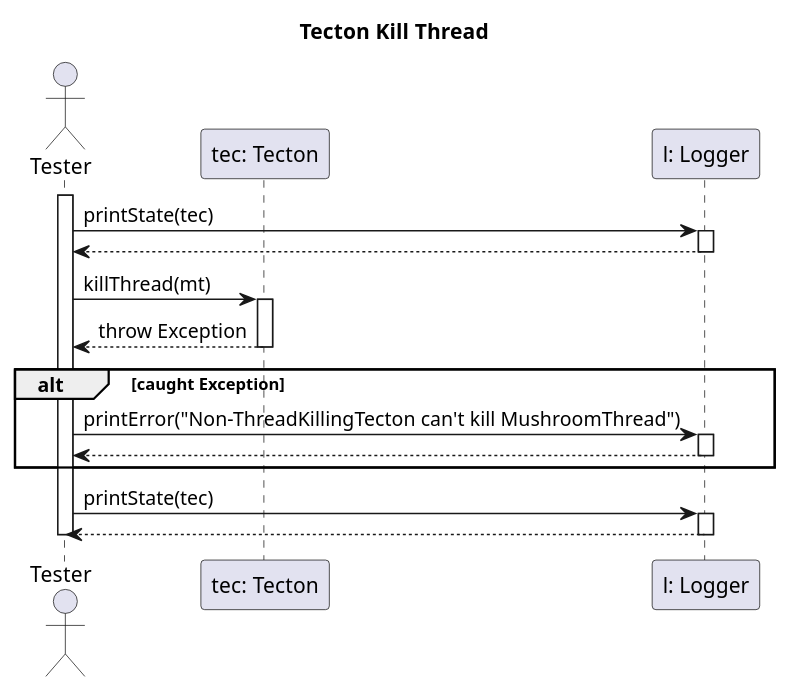
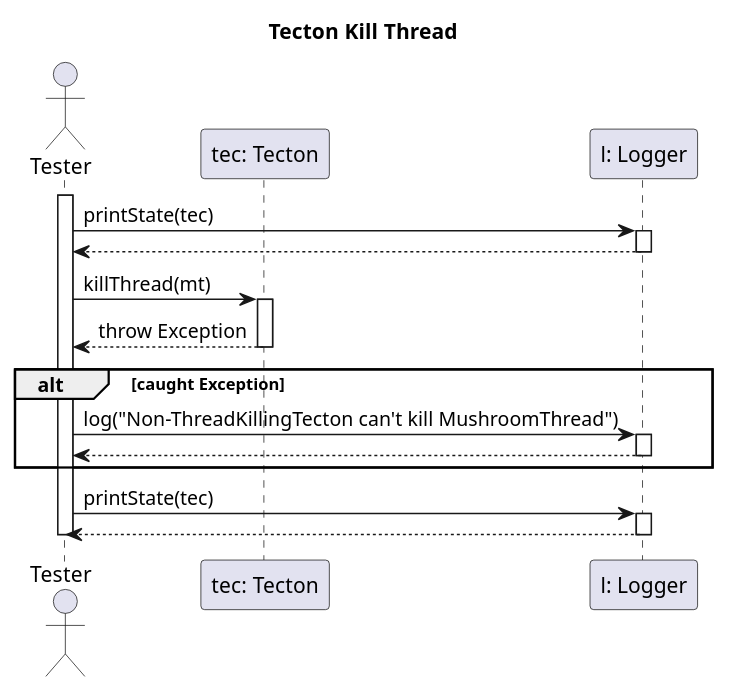
One commit to dzsem/projlab changed the diagram in diagrams/test-sequence/tectonKillThread.puml. Above: the diagram before and after it, drawn with PlantUML. The commit also changed 6 other files, not shown here.

```diff
--- a/diagrams/test-sequence/tectonKillThread.puml
+++ b/diagrams/test-sequence/tectonKillThread.puml
@@ -1,36 +1,36 @@
 @startuml tectonKillThreadTest
 
 title Tecton Kill Thread
 
 actor "Tester" as tst
 participant "tec: Tecton" as tec
 participant "l: Logger" as l
 
 activate tst
 
 tst -> l: printState(tec)
 activate l
 tst <-- l
 deactivate l
 
 tst -> tec: killThread(mt)
 activate tec
 
 tst <-- tec: throw Exception
 deactivate tec
 
 alt caught Exception
-        tst -> l: printError("Non-ThreadKillingTecton can't kill MushroomThread")
+        tst -> l: log("Non-ThreadKillingTecton can't kill MushroomThread")
         activate l
         tst <-- l
         deactivate l    
     end
 
 tst -> l: printState(tec)
 activate l
 tst <-- l
 deactivate l
 
 deactivate tst
 
 @enduml
```
